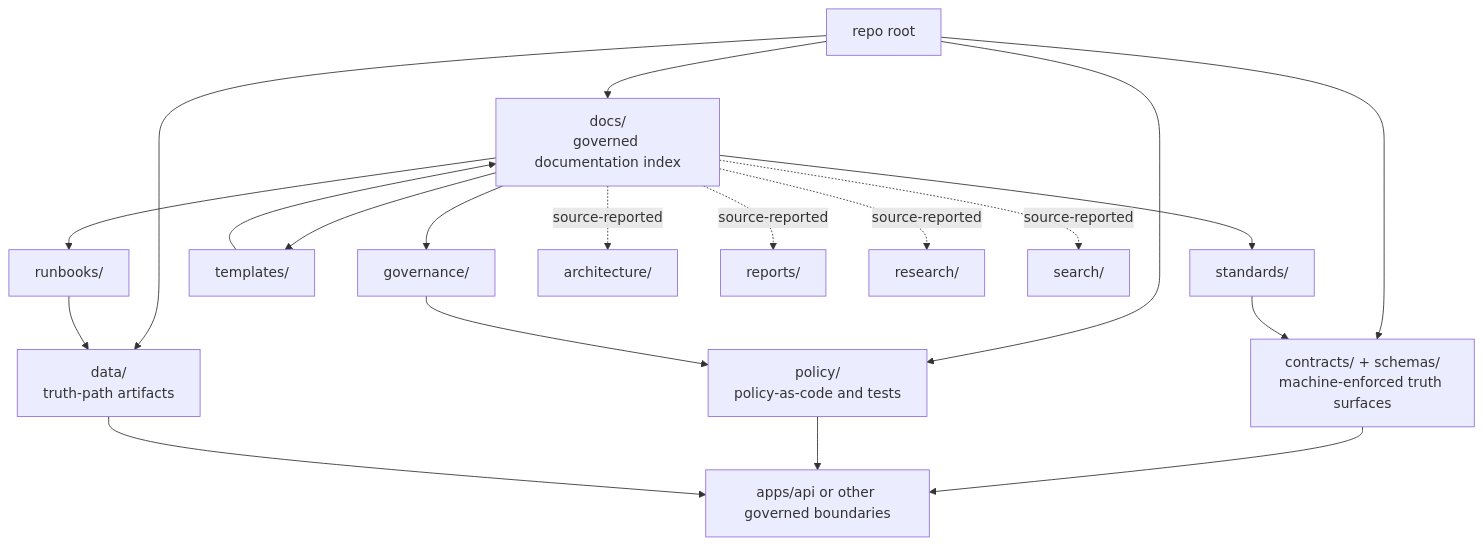
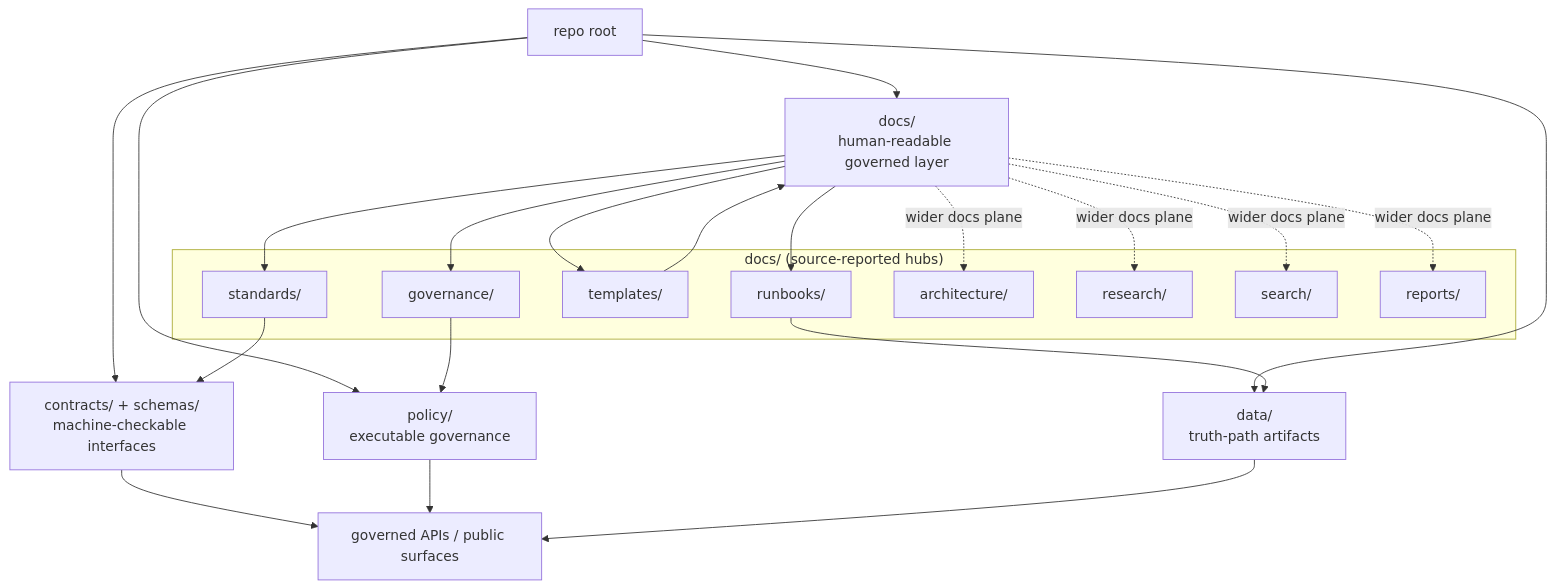
One commit to bartytime4life/Kansas-Frontier-Matrix changed the diagram in docs/README.md. Above: the diagram before and after it, drawn with Mermaid. The commit also changed other lines of this file, not shown here.

First line of the commit message:
Revise README notes and clarification on documentation

````diff
--- a/docs/README.md
+++ b/docs/README.md
@@ -185,26 +211,36 @@
 ```mermaid
 flowchart TD
-    ROOT["repo root"] --> DOCS["docs/<br/>governed documentation index"]
-    ROOT --> CONTRACTS["contracts/ + schemas/<br/>machine-enforced truth surfaces"]
-    ROOT --> POLICY["policy/<br/>policy-as-code and tests"]
+    ROOT["repo root"] --> DOCS["docs/<br/>human-readable governed layer"]
+    ROOT --> CONTRACTS["contracts/ + schemas/<br/>machine-checkable interfaces"]
+    ROOT --> POLICY["policy/<br/>executable governance"]
     ROOT --> DATA["data/<br/>truth-path artifacts"]
 
-    DOCS --> GOV["governance/"]
-    DOCS --> STD["standards/"]
-    DOCS --> TMP["templates/"]
-    DOCS --> RUN["runbooks/"]
+    subgraph D["docs/ (source-reported hubs)"]
+        GOV["governance/"]
+        STD["standards/"]
+        TMP["templates/"]
+        RUN["runbooks/"]
+        ARCH["architecture/"]
+        RES["research/"]
+        SRCH["search/"]
+        RPT["reports/"]
+    end
 
-    DOCS -. source-reported .-> ARCH["architecture/"]
-    DOCS -. source-reported .-> RPT["reports/"]
-    DOCS -. source-reported .-> RES["research/"]
-    DOCS -. source-reported .-> SRCH["search/"]
+    DOCS --> GOV
+    DOCS --> STD
+    DOCS --> TMP
+    DOCS --> RUN
+    DOCS -. wider docs plane .-> ARCH
+    DOCS -. wider docs plane .-> RES
+    DOCS -. wider docs plane .-> SRCH
+    DOCS -. wider docs plane .-> RPT
 
     GOV --> POLICY
     STD --> CONTRACTS
     RUN --> DATA
     TMP --> DOCS
 
-    CONTRACTS --> API["apps/api or other governed boundaries"]
-    POLICY --> API
-    DATA --> API
+    CONTRACTS --> PUB["governed APIs / public surfaces"]
+    POLICY --> PUB
+    DATA --> PUB
 ```
````
